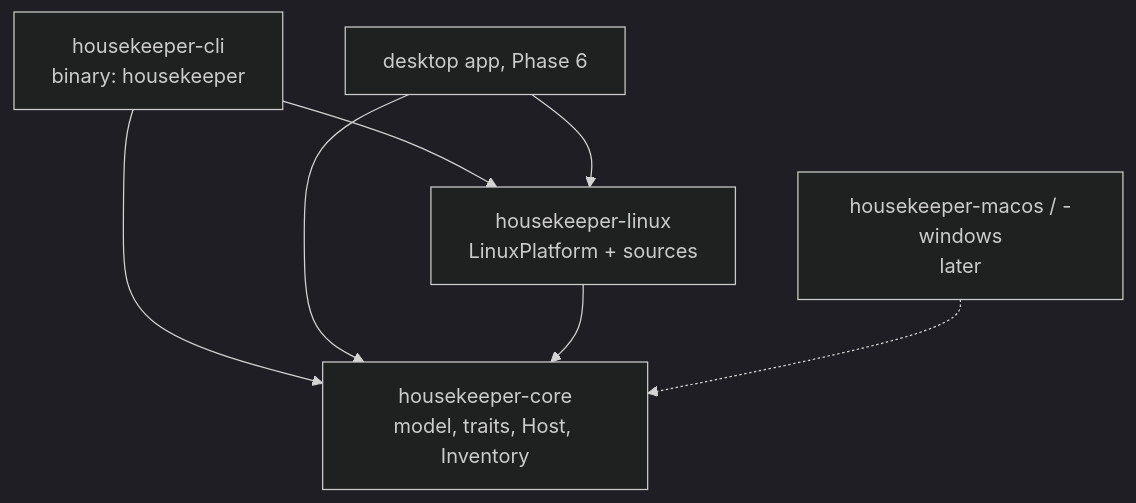
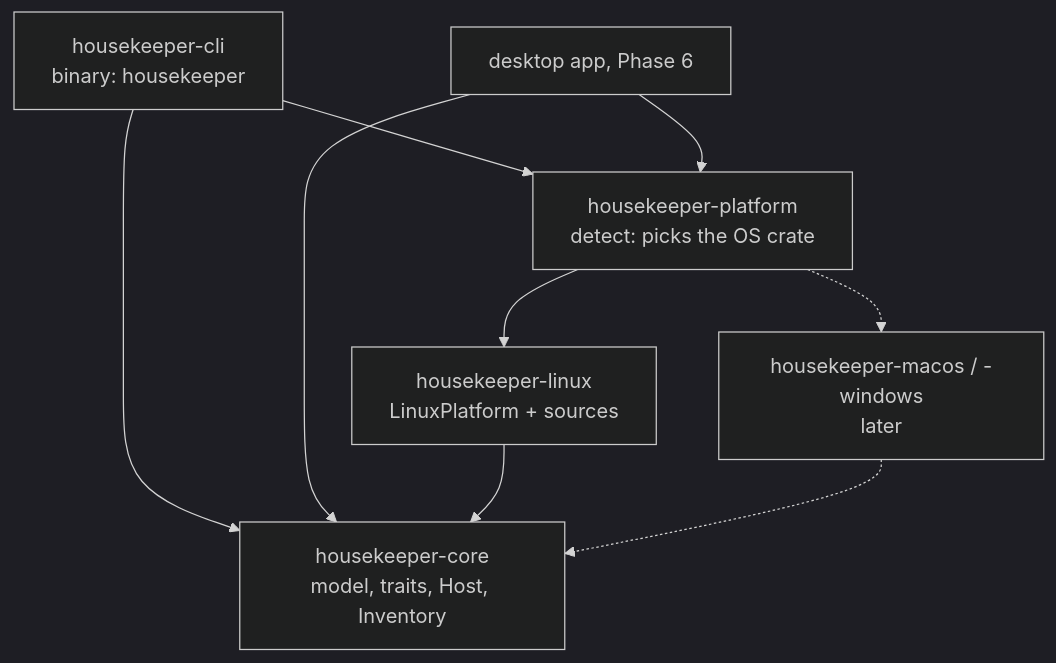
The diagram in docs/architecture/README.md (mhsiddiqui/housekeeper), drawn with Mermaid (dark theme) before and after one commit. The commit also changed other lines of this file and 3 other files, not shown here.

Commit message:
docs: decision D27, platform crate in the architecture docs and AGENTS.md

````diff
--- a/docs/architecture/README.md
+++ b/docs/architecture/README.md
@@ -8,10 +8,12 @@
 ```mermaid
 flowchart TD
-    cli[housekeeper-cli<br/>binary: housekeeper] --> core
-    app[desktop app, Phase 6] --> core
-    cli --> linux
-    app --> linux
+    cli[housekeeper-cli<br/>binary: housekeeper] --> platform
+    app[desktop app, Phase 6] --> platform
+    cli --> core
+    app --> core
+    platform[housekeeper-platform<br/>detect: picks the OS crate] --> linux
+    platform -.-> future
     linux[housekeeper-linux<br/>LinuxPlatform + sources] --> core
     future[housekeeper-macos / -windows<br/>later] -.-> core
     core[housekeeper-core<br/>model, traits, Host, Inventory]
 ```
````
